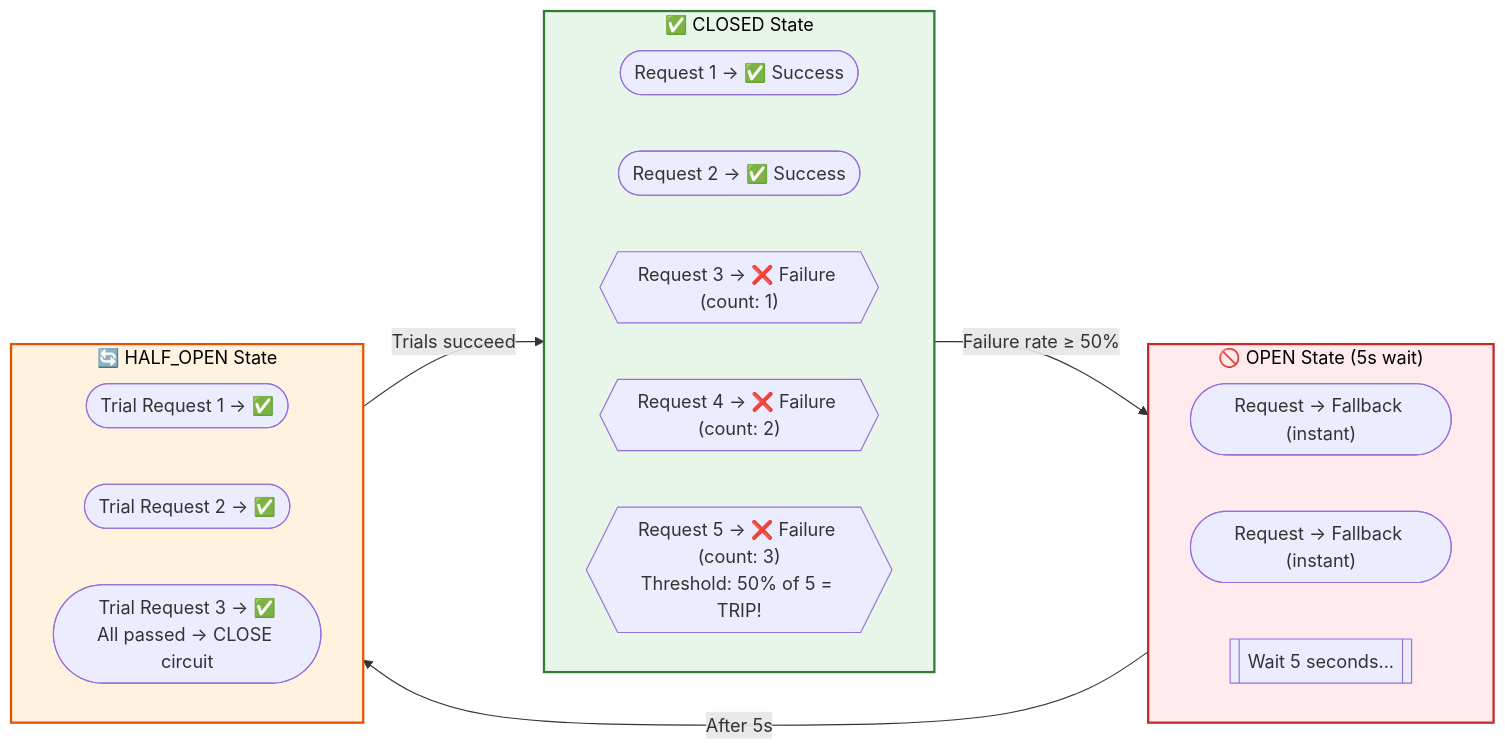
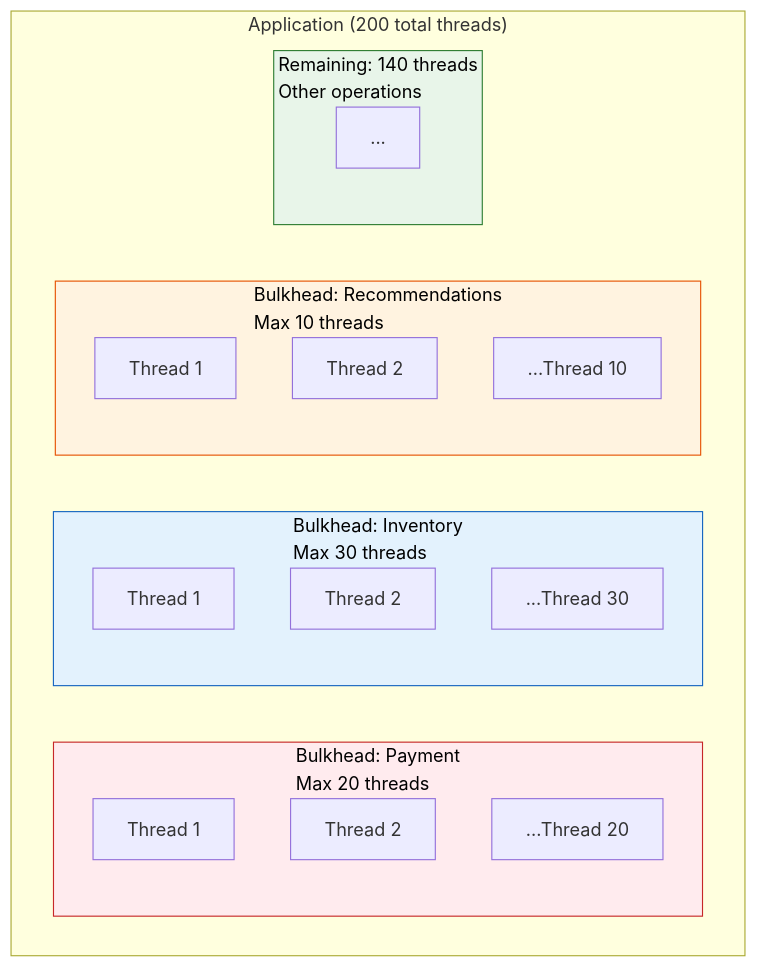
One commit to saivamsikaruturi/vamsilabs-dev-notes-main changed the fourth of 6 diagrams in docs/microservices/CircuitBreaker.md. Above: the diagram before and after it, drawn with Mermaid. The commit also changed other lines of this file, not shown here.

First line of the commit message:
Rewrite CircuitBreaker.md as deep Resilience4j interview-prep guide

````diff
--- a/docs/microservices/CircuitBreaker.md
+++ b/docs/microservices/CircuitBreaker.md
@@ -72,33 +471,28 @@
 ```mermaid
-flowchart LR
-    subgraph Closed["✅ CLOSED State"]
-        direction LR
-        C1(["Request 1 → ✅ Success"])
-        C2(["Request 2 → ✅ Success"])
-        C3{{"Request 3 → ❌ Failure (count: 1)"}}
-        C4{{"Request 4 → ❌ Failure (count: 2)"}}
-        C5{{"Request 5 → ❌ Failure (count: 3)<br/>Threshold: 50% of 5 = TRIP!"}}
+flowchart TB
+    subgraph Application["Application (200 total threads)"]
+        subgraph BH1["Bulkhead: Payment<br/>Max 20 threads"]
+            P1["Thread 1"] 
+            P2["Thread 2"]
+            P3["...Thread 20"]
+        end
+        subgraph BH2["Bulkhead: Inventory<br/>Max 30 threads"]
+            I1["Thread 1"]
+            I2["Thread 2"]
+            I3["...Thread 30"]
+        end
+        subgraph BH3["Bulkhead: Recommendations<br/>Max 10 threads"]
+            R1["Thread 1"]
+            R2["Thread 2"]
+            R3["...Thread 10"]
+        end
+        subgraph Shared["Remaining: 140 threads<br/>Other operations"]
+            S1["..."]
+        end
     end
     
-    subgraph Open["🚫 OPEN State (5s wait)"]
-        direction LR
-        O1(["Request → Fallback (instant)"])
-        O2(["Request → Fallback (instant)"])
-        O3[["Wait 5 seconds..."]]
-    end
-    
-    subgraph HalfOpen["🔄 HALF_OPEN State"]
-        direction LR
-        H1(["Trial Request 1 → ✅"])
-        H2(["Trial Request 2 → ✅"])
-        H3(["Trial Request 3 → ✅<br/>All passed → CLOSE circuit"])
-    end
-    
-    Closed -->|"Failure rate ≥ 50%"| Open
-    Open -->|"After 5s"| HalfOpen
-    HalfOpen -->|"Trials succeed"| Closed
-    
-    style Closed fill:#E8F5E9,stroke:#2E7D32,stroke-width:2px,color:#000
-    style Open fill:#FFEBEE,stroke:#C62828,stroke-width:2px,color:#000
-    style HalfOpen fill:#FFF3E0,stroke:#E65100,stroke-width:2px,color:#000
+    style BH1 fill:#FFEBEE,stroke:#C62828,color:#000
+    style BH2 fill:#E3F2FD,stroke:#1565C0,color:#000
+    style BH3 fill:#FFF3E0,stroke:#E65100,color:#000
+    style Shared fill:#E8F5E9,stroke:#2E7D32,color:#000
 ```
````
